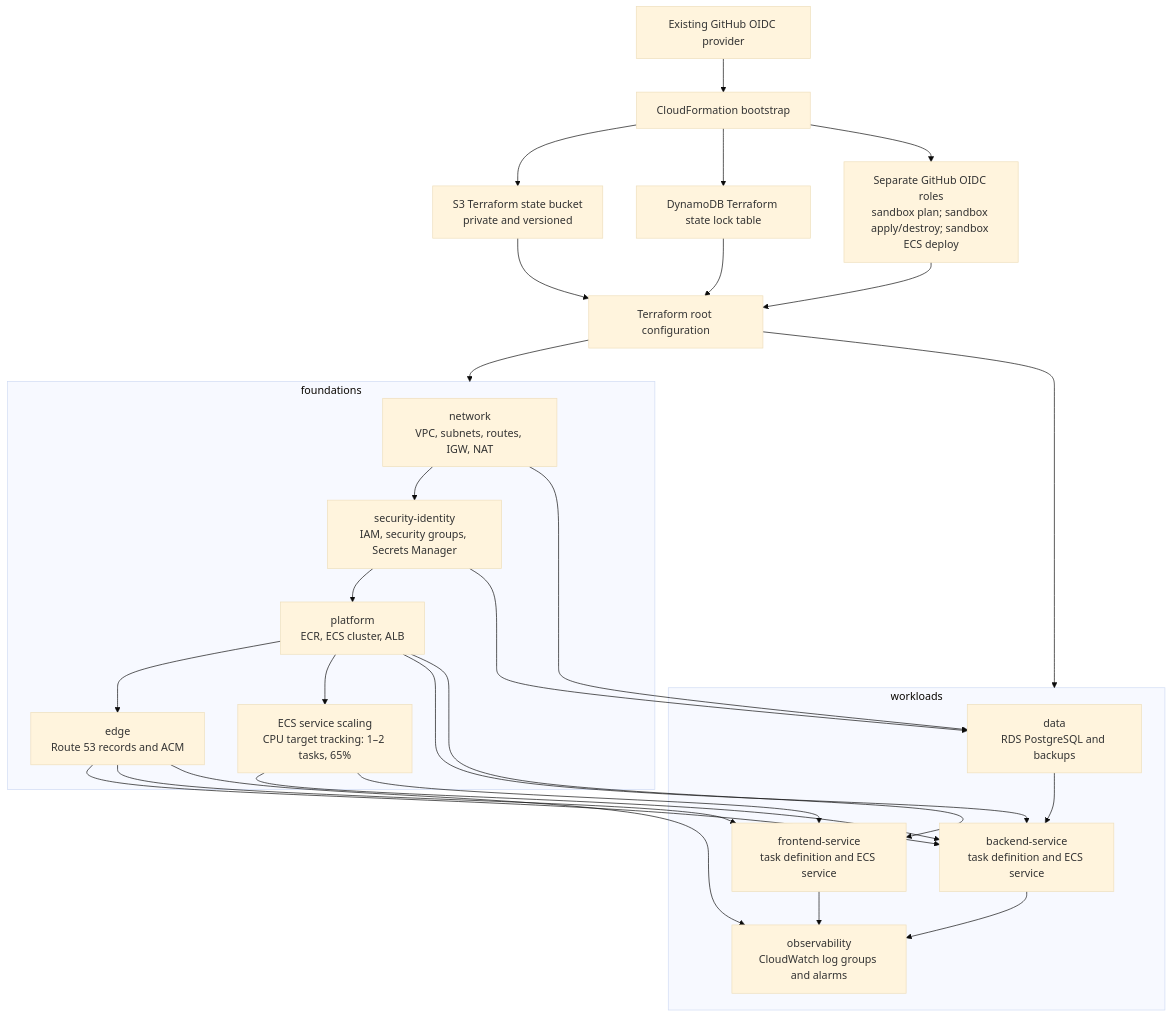
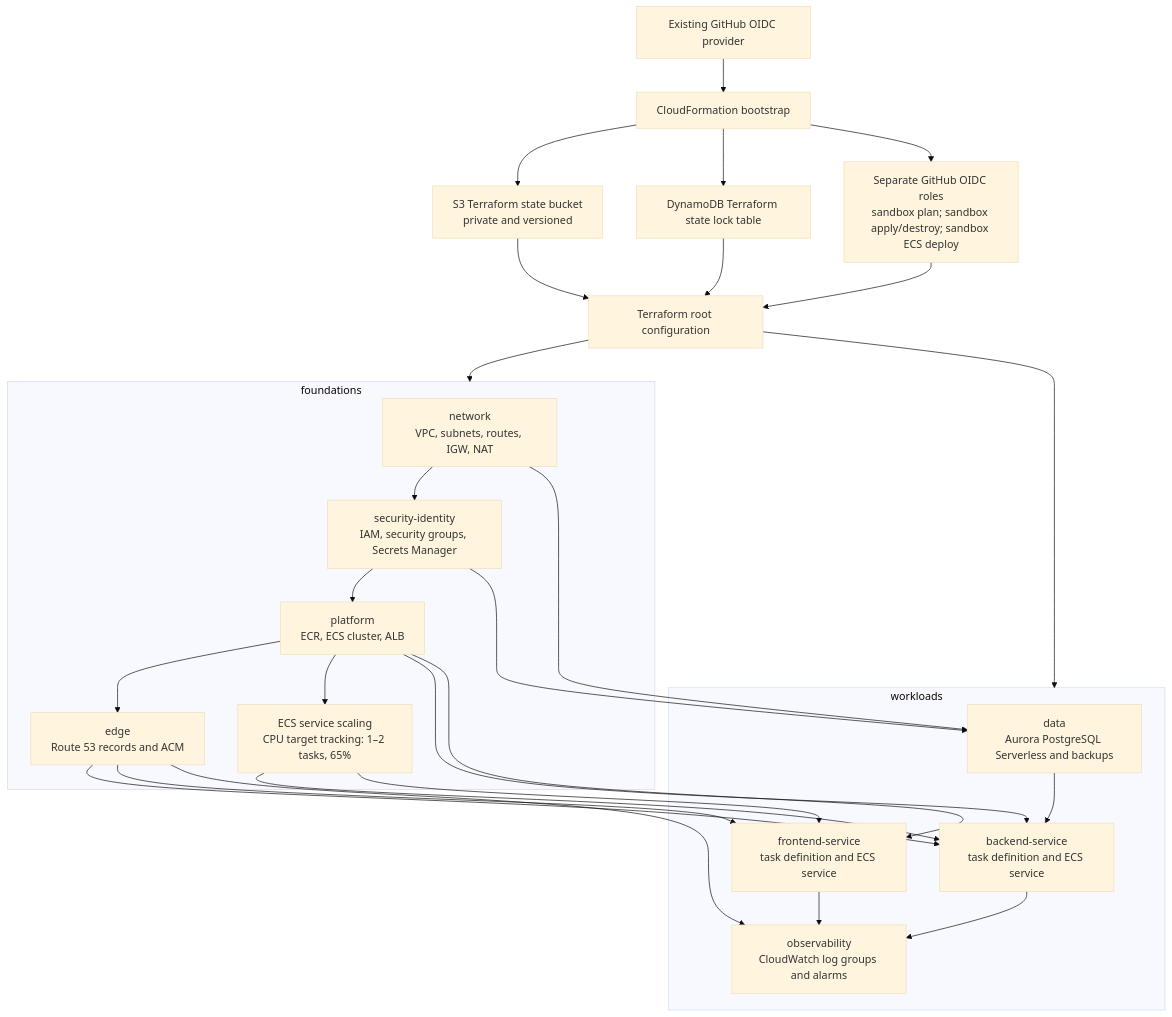
Before and after one commit to afaryy/happy-post: the diagram in docs/diagrams/terraform.mmd, drawn with Mermaid (base theme). The commit also changed 21 other files, not shown here.

Commit message:
feat: add Aurora Serverless data stack

```diff
--- a/docs/diagrams/terraform.mmd
+++ b/docs/diagrams/terraform.mmd
@@ -1,43 +1,43 @@
 flowchart TB
     oidc[Existing GitHub OIDC provider] --> bootstrap[CloudFormation bootstrap]
     bootstrap --> state[S3 Terraform state bucket<br/>private and versioned]
     bootstrap --> lock[DynamoDB Terraform state lock table]
     bootstrap --> roles[Separate GitHub OIDC roles<br/>sandbox plan; sandbox apply/destroy; sandbox ECS deploy]
 
     state --> root[Terraform root configuration]
     lock --> root
     roles --> root
     root --> foundations[Foundations]
     root --> workloads[Workload stacks]
 
     subgraph foundations
         network[network<br/>VPC, subnets, routes, IGW, NAT]
         identity[security-identity<br/>IAM, security groups, Secrets Manager]
         platform[platform<br/>ECR, ECS cluster, ALB]
         scaling[ECS service scaling<br/>CPU target tracking: 1–2 tasks, 65%]
         edge[edge<br/>Route 53 records and ACM]
     end
 
     subgraph workloads
-        data[data<br/>RDS PostgreSQL and backups]
+        data[data<br/>Aurora PostgreSQL Serverless and backups]
         backend[backend-service<br/>task definition and ECS service]
         frontend[frontend-service<br/>task definition and ECS service]
         observability[observability<br/>CloudWatch log groups and alarms]
     end
 
     network --> identity
     identity --> platform
     platform --> edge
     platform --> scaling
     network --> data
     identity --> data
     platform --> backend
     scaling --> backend
     edge --> backend
     data --> backend
     platform --> frontend
     scaling --> frontend
     edge --> frontend
     edge --> observability
     backend --> observability
     frontend --> observability
```
